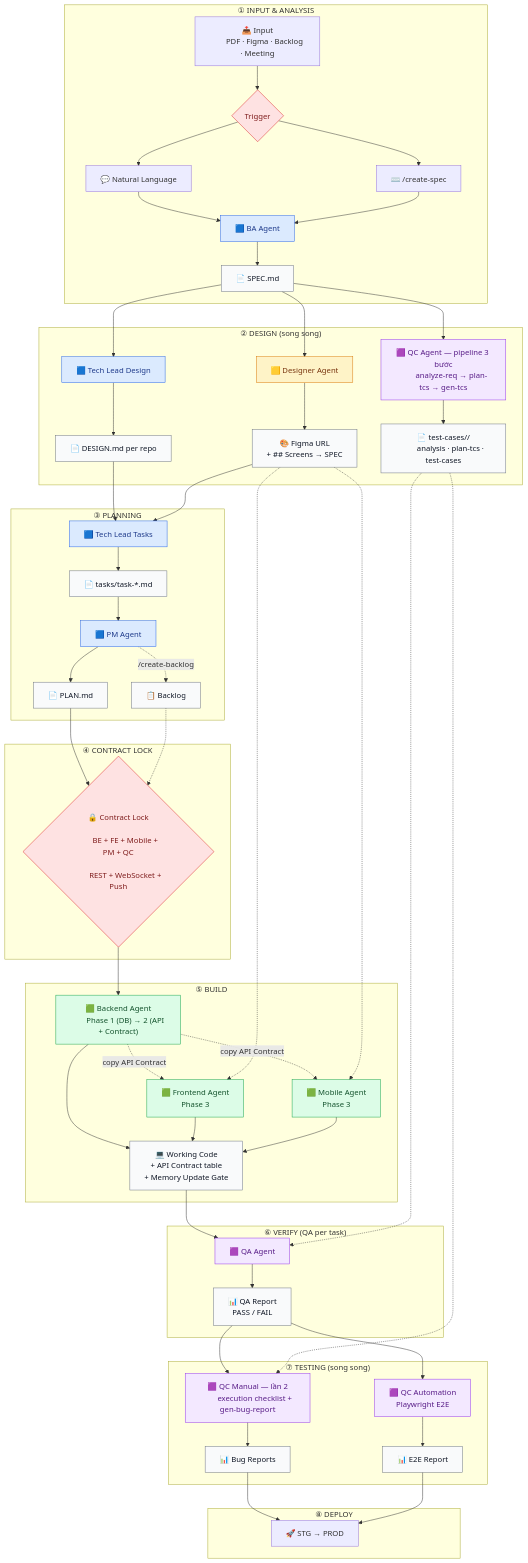
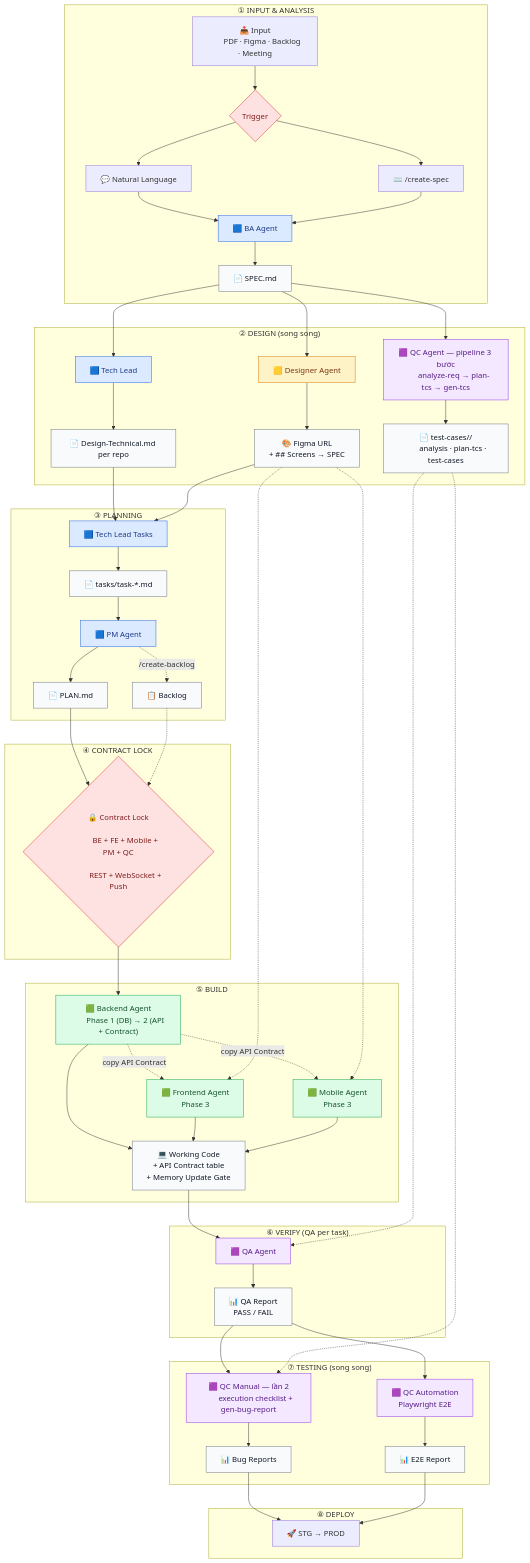
One commit to dipro-vn/dipro-ai-boost changed the diagram in project-ai-kit/README.md. Above: the diagram before and after it, drawn with Mermaid. The commit also changed other lines of this file and 41 other files, not shown here.

```diff
--- a/project-ai-kit/README.md
+++ b/project-ai-kit/README.md
@@ -206,12 +177,12 @@
 
     subgraph S2["② DESIGN (song song)"]
 
-        TLD["🟦 Tech Lead Design"]
+        TLD["🟦 Tech Lead"]
         DES["🟨 Designer Agent"]
         QCPIPE["🟪 QC Agent — pipeline 3 bước
         analyze-req → plan-tcs → gen-tcs"]
 
-        DESIGN["📄 DESIGN.md per repo"]
+        DESIGN["📄 Design-Technical.md per repo"]
         FIGMA["🎨 Figma URL
         + ## Screens → SPEC"]
         TC["📄 test-cases/<module>/
```
